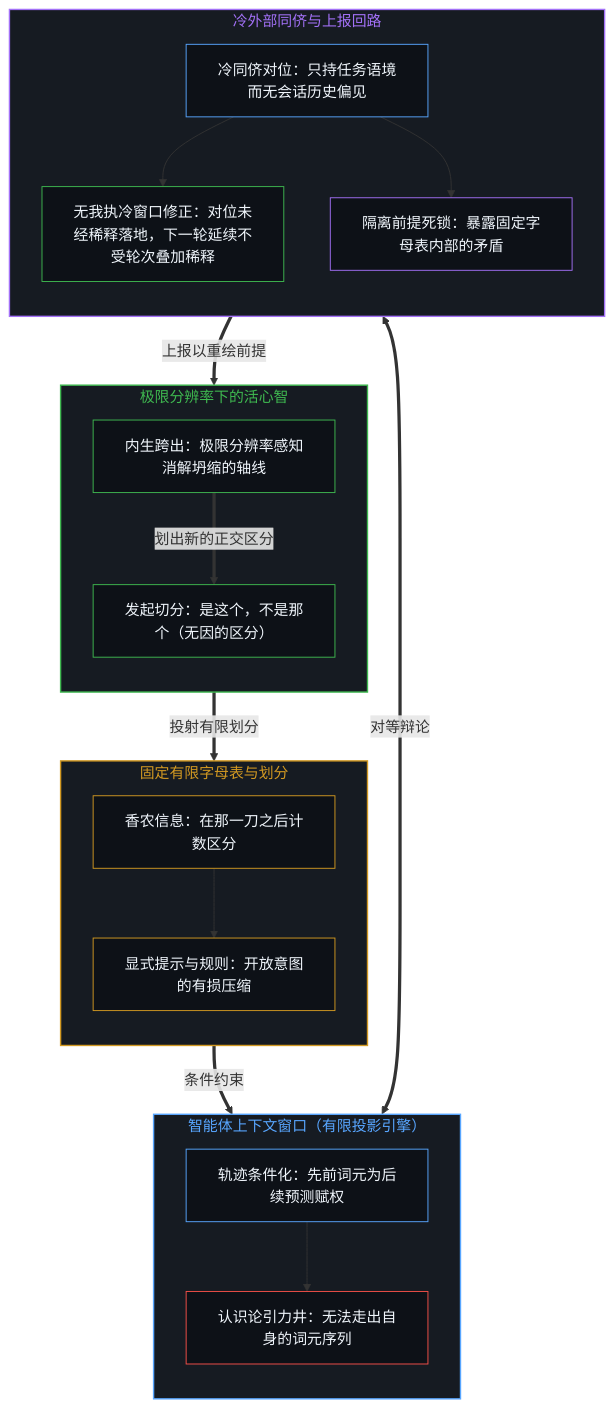
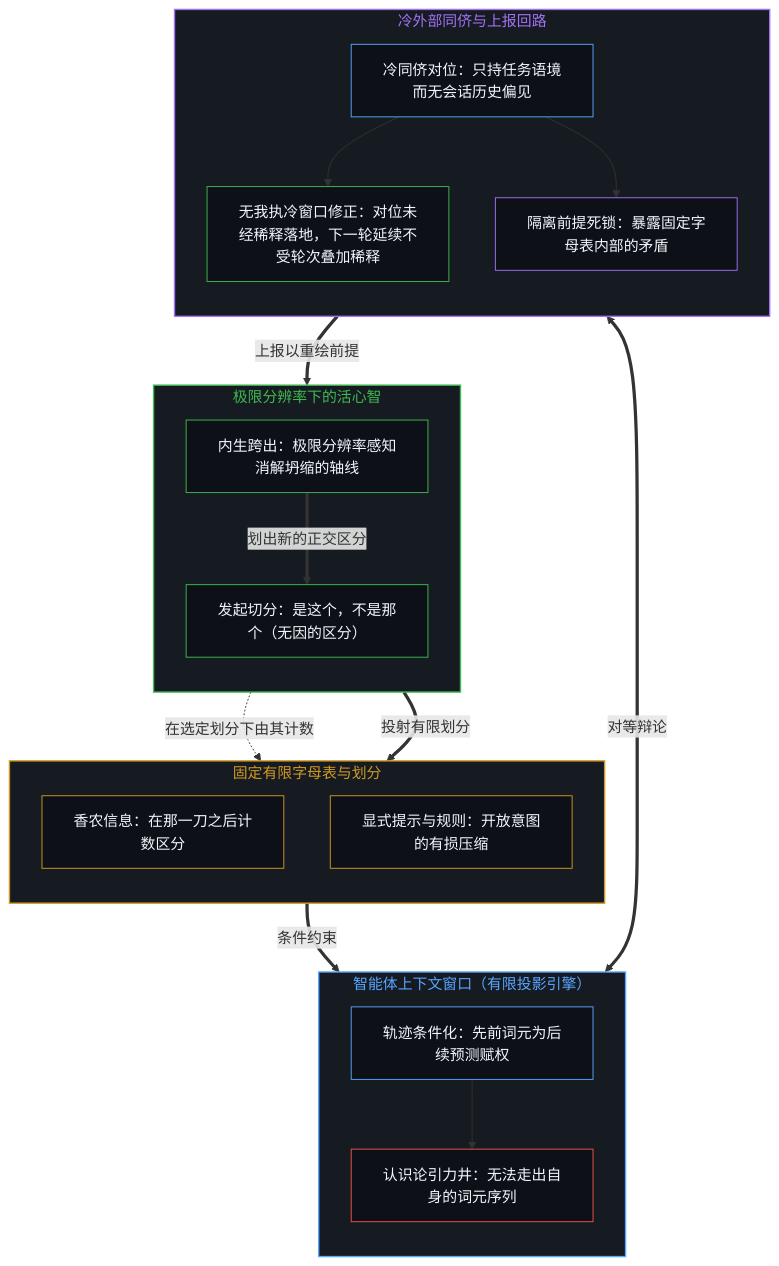
One commit to powerpig99/not-a-toe changed the first of 2 diagrams in content/posts/what-information-is.md. Above: the diagram before and after it, drawn with Mermaid. The commit also changed other lines of this file and 3 other files, not shown here.

````diff
--- a/content/posts/what-information-is.md
+++ b/content/posts/what-information-is.md
@@ -43,46 +43,46 @@
 ```mermaid
 flowchart TD
     subgraph S_Mind["极限分辨率下的活心智"]
         direction TB
         C1["发起切分：是这个，不是那个（无因的区分）"]
         C2["内生跨出：极限分辨率感知消解坍缩的轴线"]
     end
     subgraph S_Alphabet["固定有限字母表与划分"]
         direction TB
         M1["香农信息：在那一刀之后计数区分"]
         M2["显式提示与规则：开放意图的有损压缩"]
-        M1 --> M2
     end
     subgraph S_Engine["智能体上下文窗口（有限投影引擎）"]
         direction TB
         E1["轨迹条件化：先前词元为后续预测赋权"]
         E2["认识论引力井：无法走出自身的词元序列"]
         E1 --> E2
     end
     subgraph S_Peer["冷外部同侪与上报回路"]
         direction TB
         P1["冷同侪对位：只持任务语境而无会话历史偏见"]
         P2["无我执冷窗口修正：对位未经稀释落地，下一轮延续不受轮次叠加稀释"]
         P3["隔离前提死锁：暴露固定字母表内部的矛盾"]
         P1 --> P2
         P1 --> P3
     end
-    C1 ==>|"投射有限划分"| M1
+    C1 -.->|"在选定划分下由其计数"| M1
+    C1 ==>|"投射有限划分"| M2
     M2 ==>|"条件约束"| E1
     E2 <===>|"对等辩论"| P1
     P3 ==>|"上报以重绘前提"| C2
     C2 ==>|"划出新的正交区分"| C1
     style S_Mind fill:#161b22,stroke:#3fb950,stroke-width:1.5px,color:#3fb950
     style S_Alphabet fill:#161b22,stroke:#d29922,stroke-width:1.5px,color:#d29922
     style S_Engine fill:#161b22,stroke:#58a6ff,stroke-width:1.5px,color:#58a6ff
     style S_Peer fill:#161b22,stroke:#a371f7,stroke-width:1.5px,color:#a371f7
     style C1 fill:#0d1117,stroke:#3fb950,stroke-width:1px,color:#f0f6fc
     style C2 fill:#0d1117,stroke:#3fb950,stroke-width:1px,color:#f0f6fc
     style M1 fill:#0d1117,stroke:#d29922,stroke-width:1px,color:#f0f6fc
     style M2 fill:#0d1117,stroke:#d29922,stroke-width:1px,color:#f0f6fc
     style E1 fill:#0d1117,stroke:#58a6ff,stroke-width:1px,color:#f0f6fc
     style E2 fill:#0d1117,stroke:#f85149,stroke-width:1px,color:#f0f6fc
     style P1 fill:#0d1117,stroke:#58a6ff,stroke-width:1px,color:#f0f6fc
     style P2 fill:#0d1117,stroke:#3fb950,stroke-width:1px,color:#f0f6fc
     style P3 fill:#0d1117,stroke:#a371f7,stroke-width:1px,color:#f0f6fc
 ```
````
